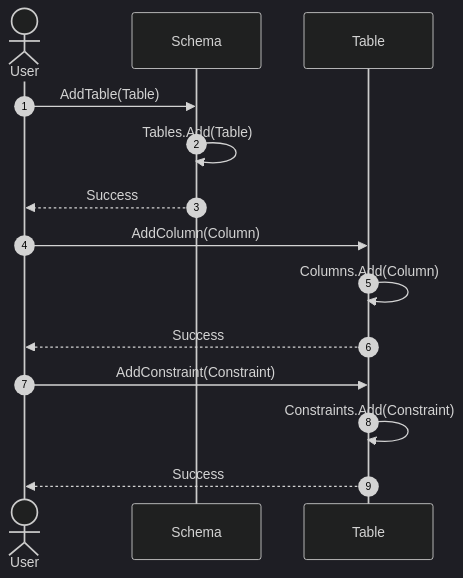
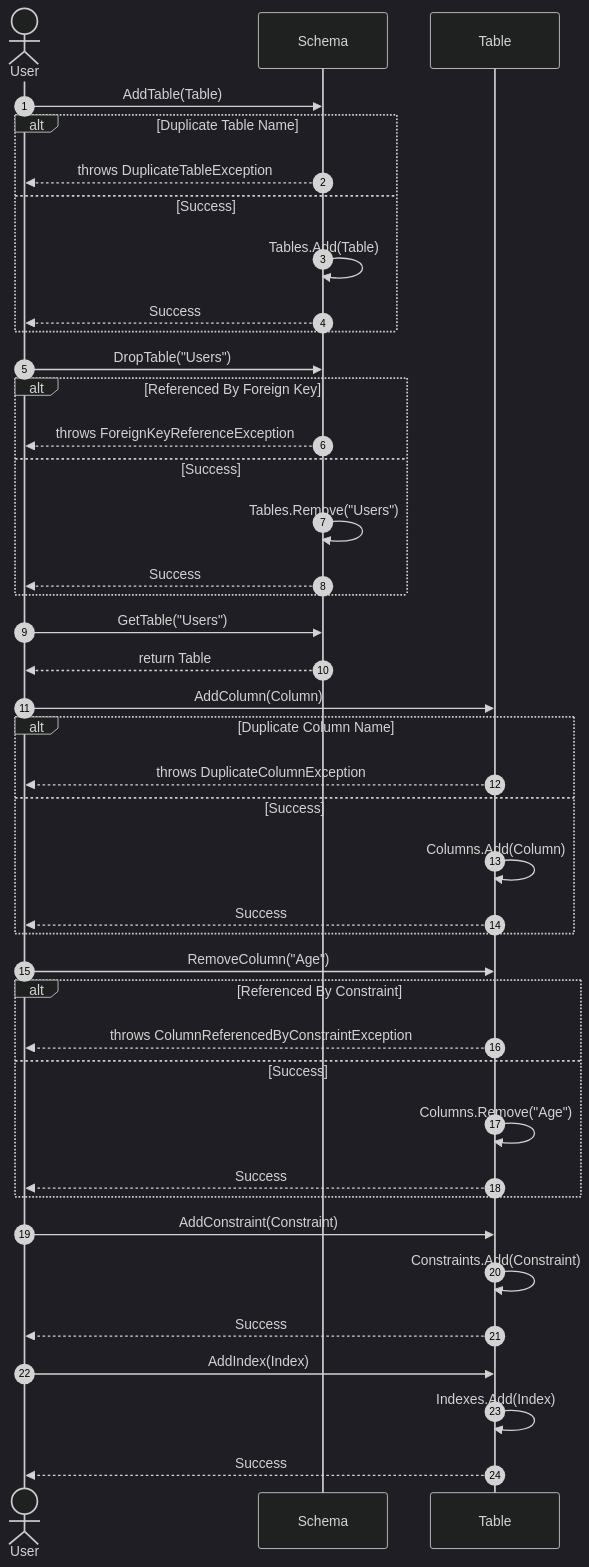
The tenth of 51 diagrams in docs/sequence-diagrams/README.md (Hagiakhanh/bbv-dbms), drawn with Mermaid (dark theme) before and after one commit. The commit also changed other lines of this file and 4 other files, not shown here.

````diff
--- a/docs/sequence-diagrams/README.md
+++ b/docs/sequence-diagrams/README.md
@@ -336,19 +453,52 @@
 ```mermaid
 sequenceDiagram
     autonumber
     actor User
     participant Sch as Schema
     participant Tbl as Table
     
+    %% Schema Operations (Table Management)
     User->>Sch: AddTable(Table)
-    Sch->>Sch: Tables.Add(Table)
-    Sch-->>User: Success
+    alt Duplicate Table Name
+        Sch-->>User: throws DuplicateTableException
+    else Success
+        Sch->>Sch: Tables.Add(Table)
+        Sch-->>User: Success
+    end
     
+    User->>Sch: DropTable("Users")
+    alt Referenced By Foreign Key
+        Sch-->>User: throws ForeignKeyReferenceException
+    else Success
+        Sch->>Sch: Tables.Remove("Users")
+        Sch-->>User: Success
+    end
+    
+    User->>Sch: GetTable("Users")
+    Sch-->>User: return Table
+    
+    %% Table Operations (Column & Constraint Management)
     User->>Tbl: AddColumn(Column)
-    Tbl->>Tbl: Columns.Add(Column)
-    Tbl-->>User: Success
+    alt Duplicate Column Name
+        Tbl-->>User: throws DuplicateColumnException
+    else Success
+        Tbl->>Tbl: Columns.Add(Column)
+        Tbl-->>User: Success
+    end
+    
+    User->>Tbl: RemoveColumn("Age")
+    alt Referenced By Constraint
+        Tbl-->>User: throws ColumnReferencedByConstraintException
+    else Success
+        Tbl->>Tbl: Columns.Remove("Age")
+        Tbl-->>User: Success
+    end
     
     User->>Tbl: AddConstraint(Constraint)
     Tbl->>Tbl: Constraints.Add(Constraint)
     Tbl-->>User: Success
+    
+    User->>Tbl: AddIndex(Index)
+    Tbl->>Tbl: Indexes.Add(Index)
+    Tbl-->>User: Success
 ```
````
